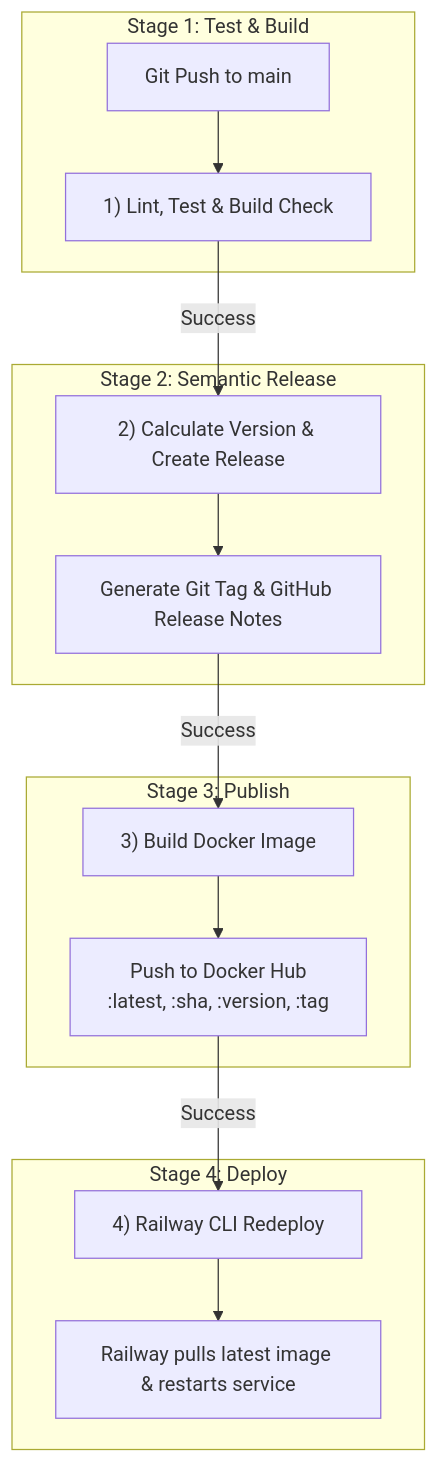
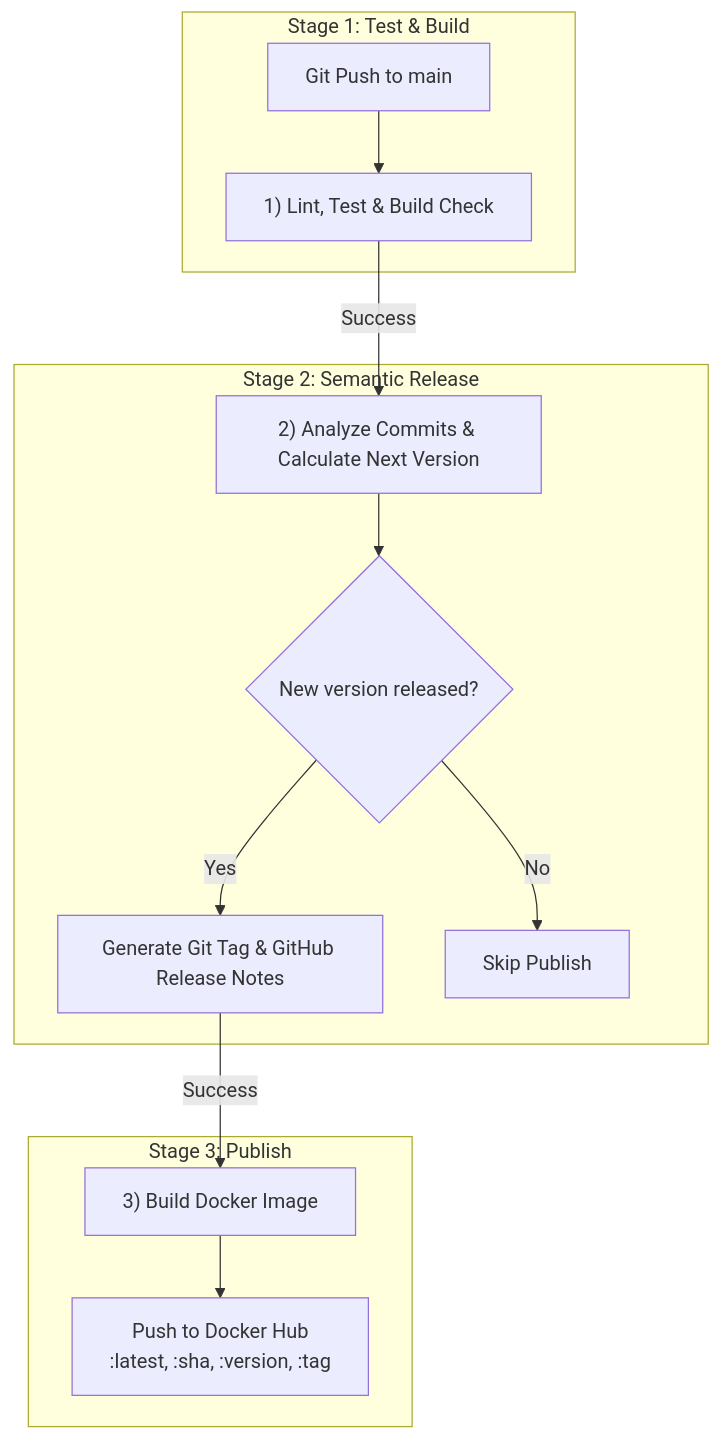
One commit to ensanguine2279/sctp-aie-m4-assignment-web changed the sixth of 6 diagrams in README.md. Above: the diagram before and after it, drawn with Mermaid. The commit also changed other lines of this file and 2 other files, not shown here.

Commit message:
chore(ci):make publish job dependent on new release

````diff
--- a/README.md
+++ b/README.md
@@ -231,21 +231,18 @@
 ```mermaid
 graph TD
     subgraph Stage1 ["Stage 1: Test & Build"]
         A["Git Push to main"] --> B["1) Lint, Test & Build Check"]
     end
 
     subgraph Stage2 ["Stage 2: Semantic Release"]
-        B -->|"Success"| C["2) Calculate Version & Create Release"]
-        C --> D["Generate Git Tag & GitHub Release Notes"]
+        B -->|"Success"| C["2) Analyze Commits & Calculate Next Version"]
+        C --> Q{"New version released?"}
+        Q -->|"Yes"| D["Generate Git Tag & GitHub Release Notes"]
+        Q -->|"No"| X["Skip Publish"]
     end
 
     subgraph Stage3 ["Stage 3: Publish"]
         D -->|"Success"| E["3) Build Docker Image"]
         E --> F["Push to Docker Hub<br/>:latest, :sha, :version, :tag"]
     end
-
-    subgraph Stage4 ["Stage 4: Deploy"]
-        F -->|"Success"| G["4) Railway CLI Redeploy"]
-        G --> H["Railway pulls latest image & restarts service"]
-    end
 ```
````
